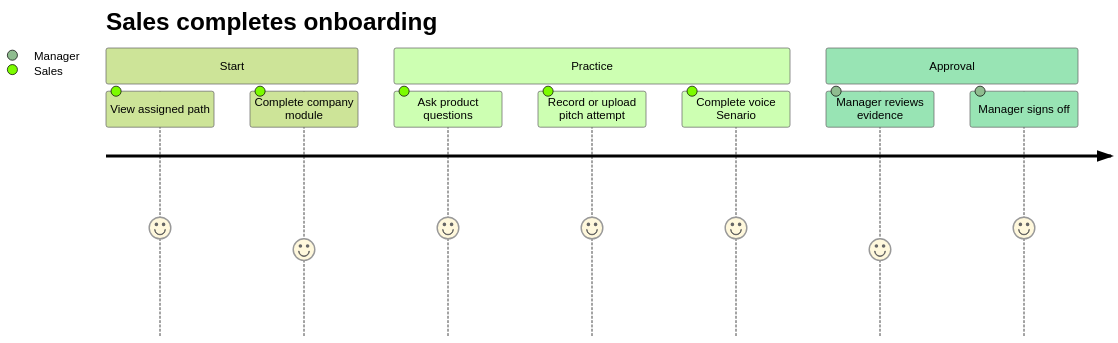
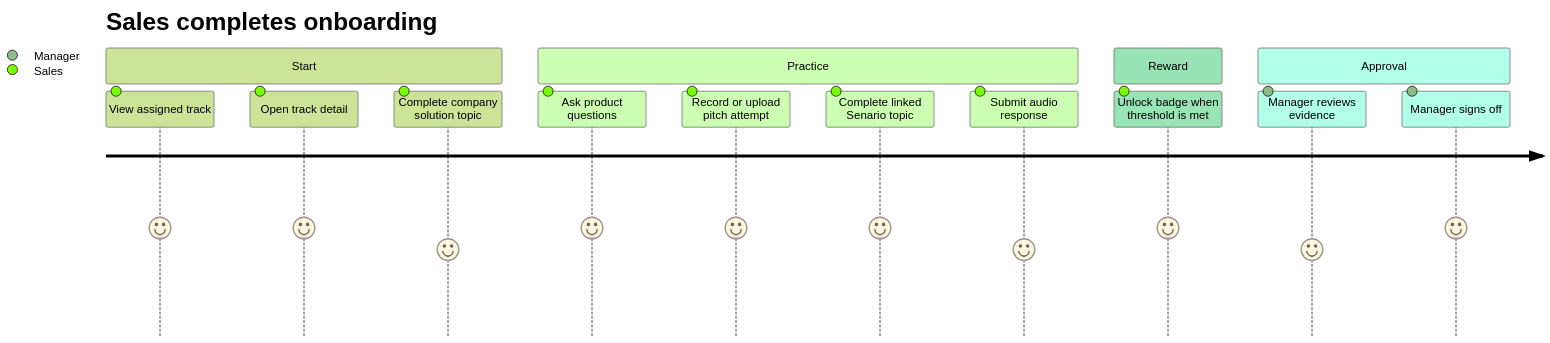
The seventh of 7 diagrams in docs/dev/user-journeys.md (CopimatorKung/Temp), drawn with Mermaid (forest theme) before and after one commit. The commit also changed other lines of this file and 38 other files, not shown here.

````diff
--- a/docs/dev/user-journeys.md
+++ b/docs/dev/user-journeys.md
@@ -139,14 +172,18 @@
 ```mermaid
 journey
     title Sales completes onboarding
     section Start
-      View assigned path: 5: Sales
-      Complete company module: 4: Sales
+      View assigned track: 5: Sales
+      Open track detail: 5: Sales
+      Complete company solution topic: 4: Sales
     section Practice
       Ask product questions: 5: Sales
       Record or upload pitch attempt: 5: Sales
-      Complete voice Senario: 5: Sales
+      Complete linked Senario topic: 5: Sales
+      Submit audio response: 4: Sales
+    section Reward
+      Unlock badge when threshold is met: 5: Sales
     section Approval
       Manager reviews evidence: 4: Manager
       Manager signs off: 5: Manager
 ```
````
